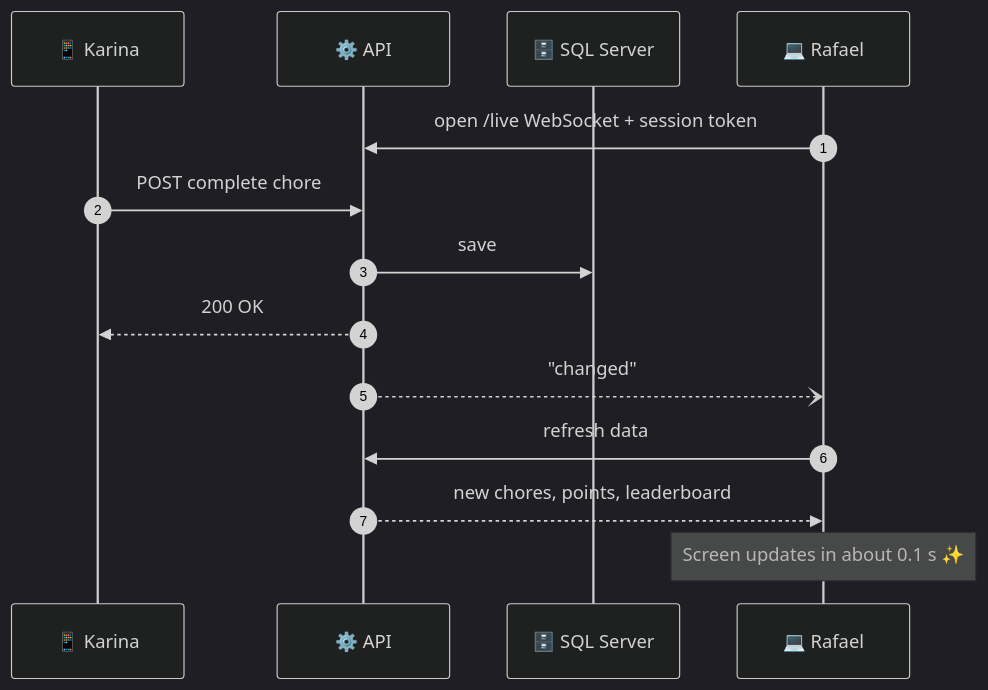
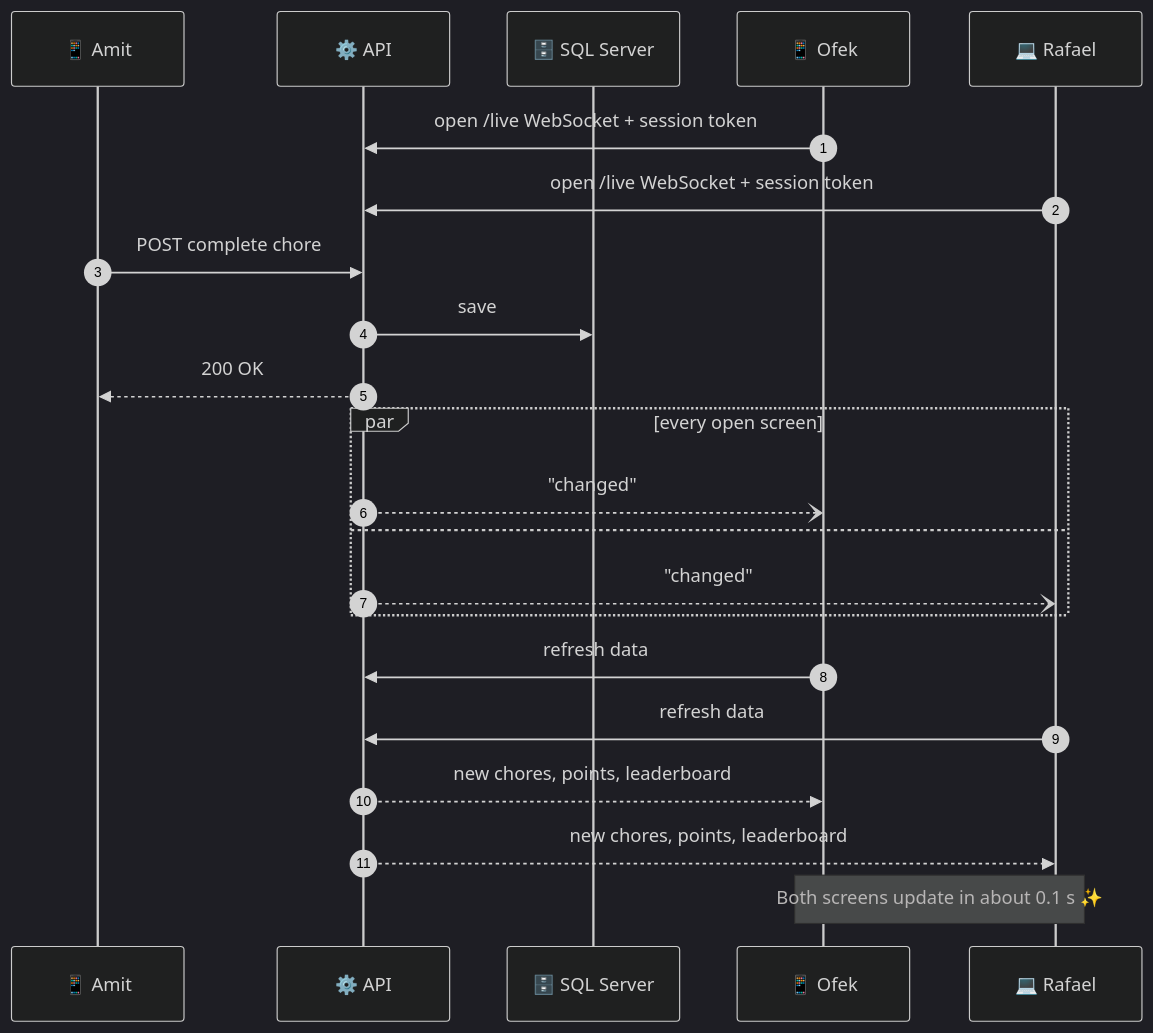
Before and after one commit to TaskDira-Team/TaskDira: the fourth of 7 diagrams in README.md, drawn with Mermaid (dark theme).

Commit message:
README: show Amit and Ofek in the live-updates diagram

````diff
--- a/README.md
+++ b/README.md
@@ -137,16 +137,24 @@
 ```mermaid
 sequenceDiagram
     autonumber
-    participant K as 📱 Karina
+    participant A as 📱 Amit
     participant API as ⚙️ API
     participant DB as 🗄️ SQL Server
+    participant O as 📱 Ofek
     participant R as 💻 Rafael
+    O->>API: open /live WebSocket + session token
     R->>API: open /live WebSocket + session token
-    K->>API: POST complete chore
+    A->>API: POST complete chore
     API->>DB: save
-    API-->>K: 200 OK
-    API--)R: "changed"
+    API-->>A: 200 OK
+    par every open screen
+        API--)O: "changed"
+    and
+        API--)R: "changed"
+    end
+    O->>API: refresh data
     R->>API: refresh data
+    API-->>O: new chores, points, leaderboard
     API-->>R: new chores, points, leaderboard
-    Note over R: Screen updates in about 0.1 s ✨
+    Note over O,R: Both screens update in about 0.1 s ✨
 ```
````
